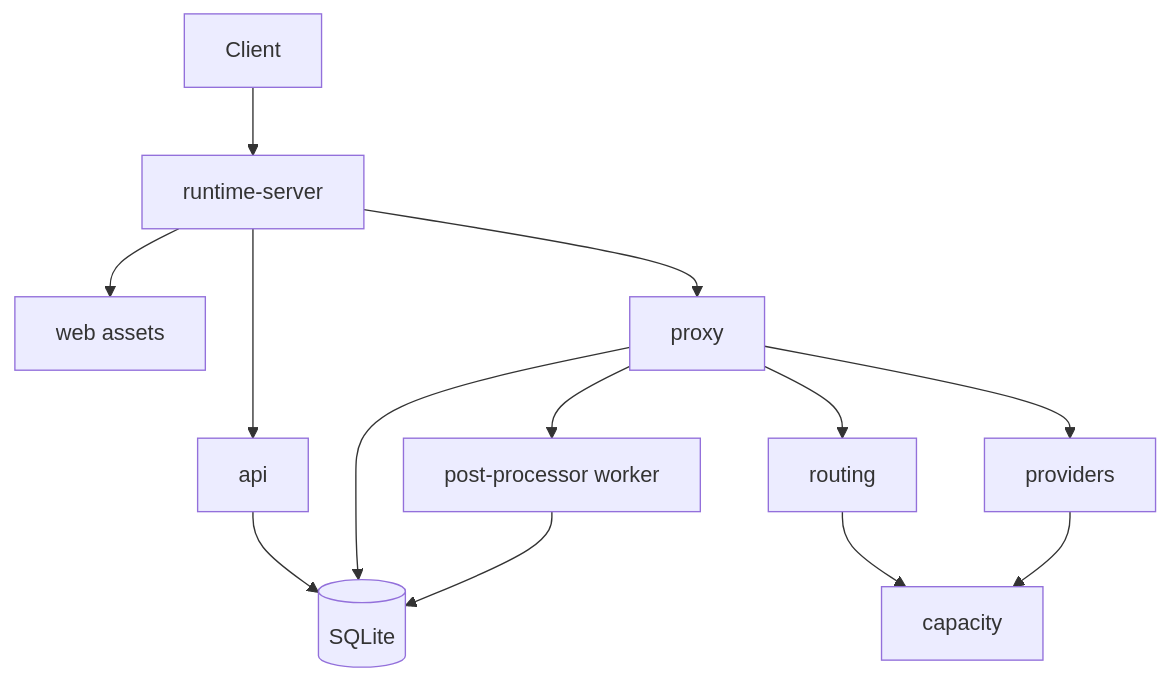
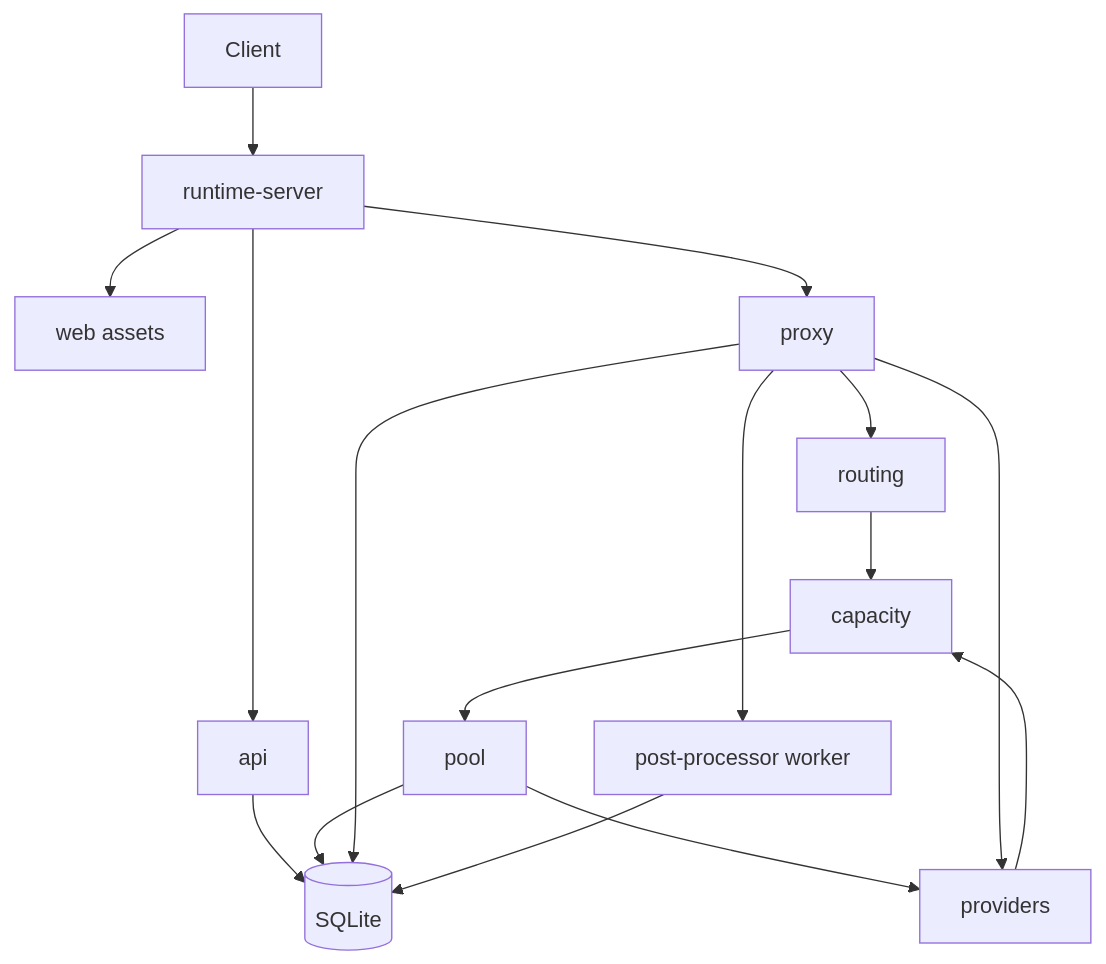
The first of 6 diagrams in docs/data-flow.md (certalis/agent-smith), drawn with Mermaid before and after one commit. The commit also changed other lines of this file and 8 other files, not shown here.

````diff
--- a/docs/data-flow.md
+++ b/docs/data-flow.md
@@ -22,26 +22,30 @@
 ```mermaid
 graph TD
     CLIENT[Client]
     SERVER[runtime-server]
     API[api]
     DASH[web assets]
     PROXY[proxy]
     ROUTING[routing]
     CAPACITY[capacity]
+    POOL[pool]
     DB[(SQLite)]
     PROVIDERS[providers]
     WORKER[post-processor worker]
 
     CLIENT --> SERVER
     SERVER --> API
     SERVER --> DASH
     SERVER --> PROXY
     API --> DB
     PROXY --> ROUTING
     ROUTING --> CAPACITY
+    CAPACITY --> POOL
+    POOL --> PROVIDERS
+    POOL --> DB
     PROXY --> PROVIDERS
     PROXY --> DB
     PROVIDERS --> CAPACITY
     PROXY --> WORKER
     WORKER --> DB
 ```
````
